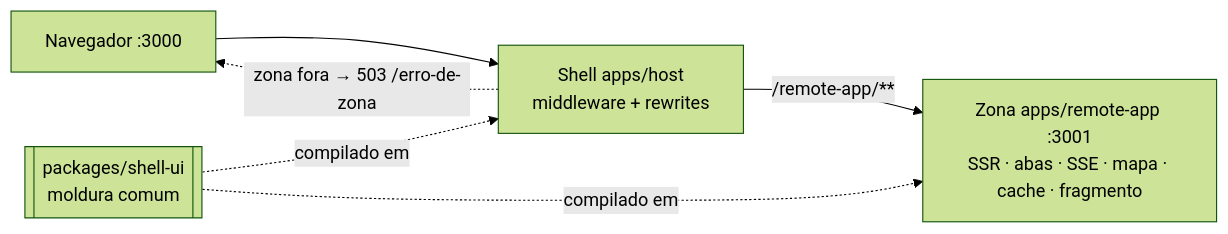
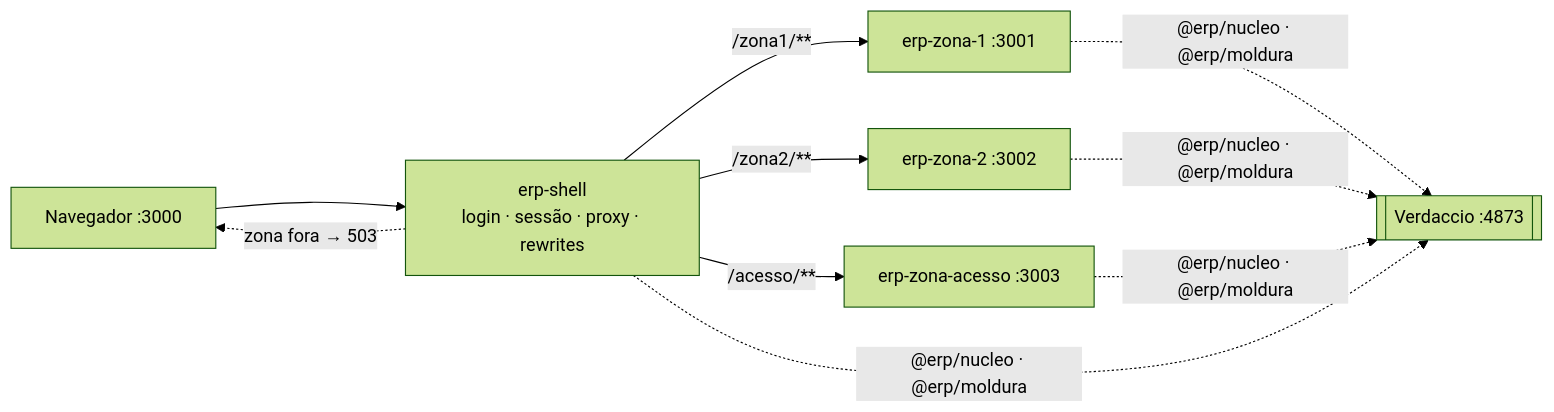
Before and after one commit to ArtroxGabriel/nextjs-mfe: the diagram in README.md, drawn with Mermaid (forest theme). The commit also changed other lines of this file and 32 other files, not shown here.

````diff
--- a/README.md
+++ b/README.md
@@ -55,8 +18,9 @@
 ```mermaid
 flowchart LR
-    B["Navegador :3000"] --> S["Shell apps/host<br/>middleware + rewrites"]
-    S -->|"/remote-app/**"| Z["Zona apps/remote-app :3001<br/>SSR · abas · SSE · mapa · cache · fragmento"]
-    S -.->|"zona fora → 503 /erro-de-zona"| B
-    U[["packages/shell-ui<br/>moldura comum"]] -. compilado em .-> S
-    U -. compilado em .-> Z
+    B["Navegador :3000"] --> S["erp-shell<br/>login · sessão · proxy · rewrites"]
+    S -->|"/zona1/**"| Z1["erp-zona-1 :3001"]
+    S -->|"/zona2/**"| Z2["erp-zona-2 :3002"]
+    S -->|"/acesso/**"| ZA["erp-zona-acesso :3003"]
+    S -.->|"zona fora → 503"| B
+    Z1 & Z2 & ZA & S -. "@erp/nucleo · @erp/moldura" .-> P[["Verdaccio :4873"]]
 ```
````
